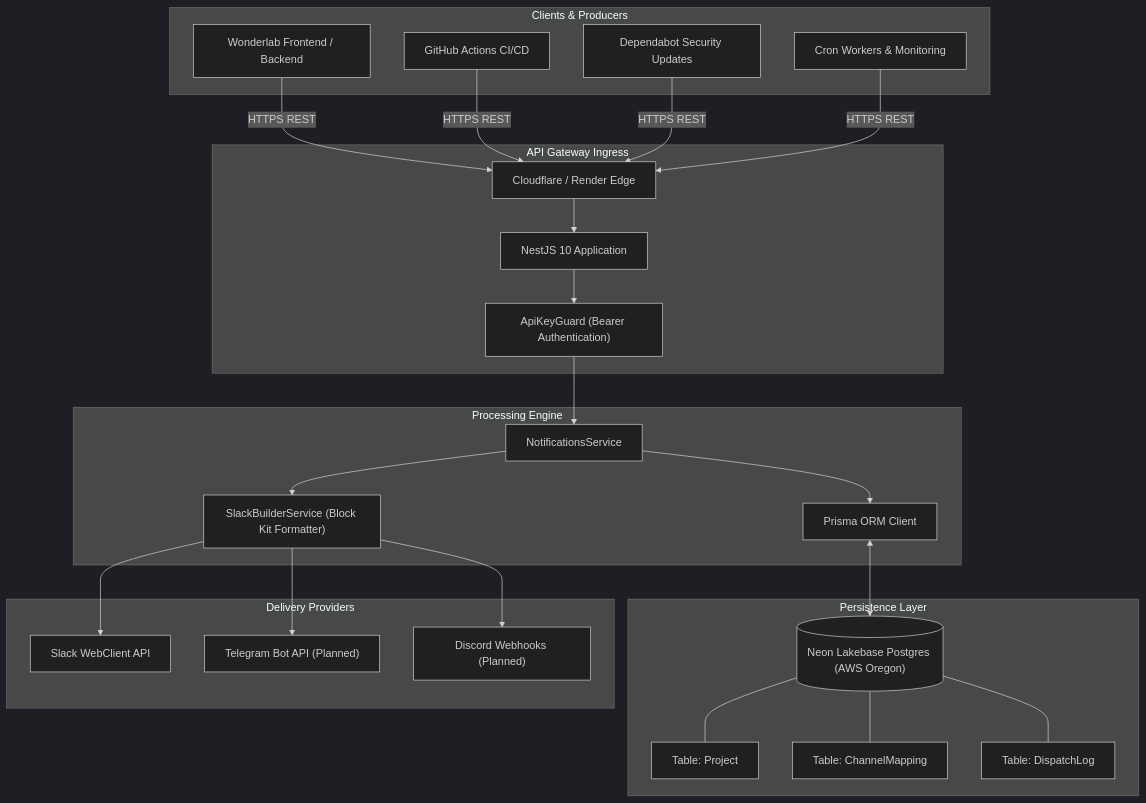
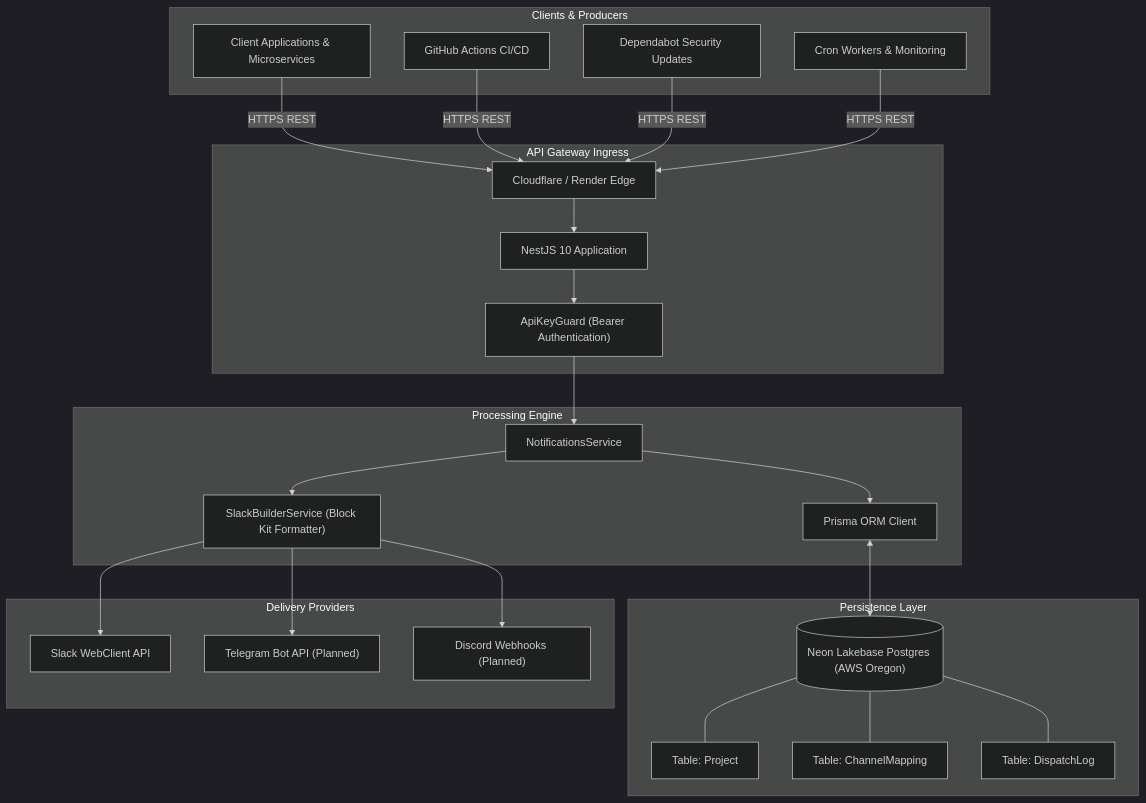
The diagram in docs/architecture.md (thanhba0505/central-gateway), drawn with Mermaid (dark theme) before and after one commit. The commit also changed other lines of this file and 2 other files, not shown here.

Commit message:
docs: generalize documentation scope to distributed microservices

````diff
--- a/docs/architecture.md
+++ b/docs/architecture.md
@@ -7,44 +7,44 @@
 ```mermaid
 graph TD
     subgraph Clients ["Clients & Producers"]
-        A["Wonderlab Frontend / Backend"]
+        A["Client Applications & Microservices"]
         B["GitHub Actions CI/CD"]
         C["Dependabot Security Updates"]
         D["Cron Workers & Monitoring"]
     end
 
     subgraph Ingress ["API Gateway Ingress"]
         E["Cloudflare / Render Edge"]
         F["NestJS 10 Application"]
         G["ApiKeyGuard (Bearer Authentication)"]
     end
 
     subgraph Core ["Processing Engine"]
         H["NotificationsService"]
         I["SlackBuilderService (Block Kit Formatter)"]
         J["Prisma ORM Client"]
     end
 
     subgraph Persistence ["Persistence Layer"]
         K[("Neon Lakebase Postgres (AWS Oregon)")]
         L["Table: Project"]
         M["Table: ChannelMapping"]
         N["Table: DispatchLog"]
     end
 
     subgraph Providers ["Delivery Providers"]
         O["Slack WebClient API"]
         P["Telegram Bot API (Planned)"]
         Q["Discord Webhooks (Planned)"]
     end
 
     A & B & C & D -->|HTTPS REST| E
     E --> F
     F --> G
     G --> H
     H --> J
     J <--> K
     K --- L & M & N
     H --> I
     I --> O & P & Q
 ```
````
